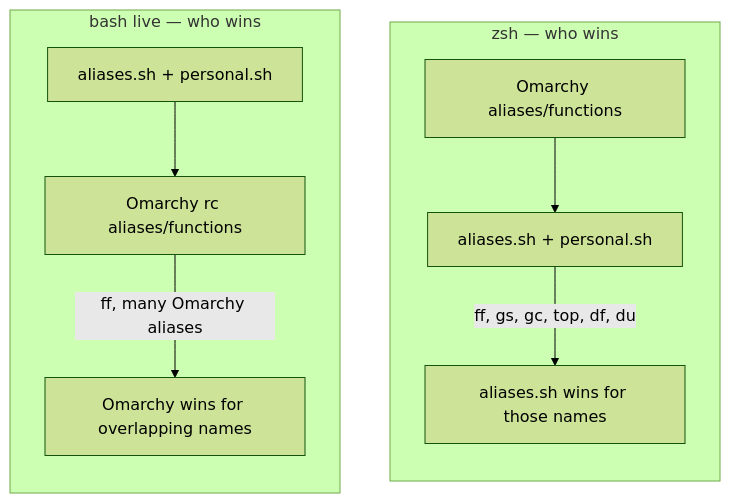
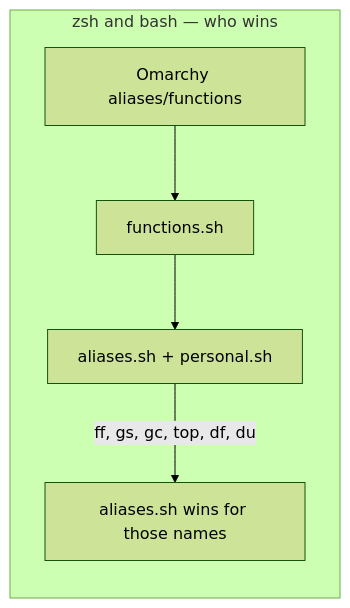
The seventh of 9 diagrams in shell.md (p10ns11y/shellyxz.sh), drawn with Mermaid (forest theme) before and after one commit. The commit also changed other lines of this file and 3 other files, not shown here.

````diff
--- a/shell.md
+++ b/shell.md
@@ -235,18 +226,11 @@
 ```mermaid
 flowchart TD
-    subgraph zsh_precedence["zsh — who wins"]
+    subgraph shared_precedence["zsh and bash — who wins"]
         direction TB
-        ZO["Omarchy aliases/functions"]
-        ZA["aliases.sh + personal.sh"]
-        ZO --> ZA
-        ZA -->|"ff, gs, gc, top, df, du"| ZWINS["aliases.sh wins for those names"]
-    end
-
-    subgraph bash_precedence["bash live — who wins"]
-        direction TB
-        BA["aliases.sh + personal.sh"]
-        BO["Omarchy rc aliases/functions"]
-        BA --> BO
-        BO -->|"ff, many Omarchy aliases"| BWINS["Omarchy wins for overlapping names"]
+        O["Omarchy aliases/functions"]
+        F["functions.sh"]
+        A["aliases.sh + personal.sh"]
+        O --> F --> A
+        A -->|"ff, gs, gc, top, df, du"| WINS["aliases.sh wins for those names"]
     end
 ```
````
